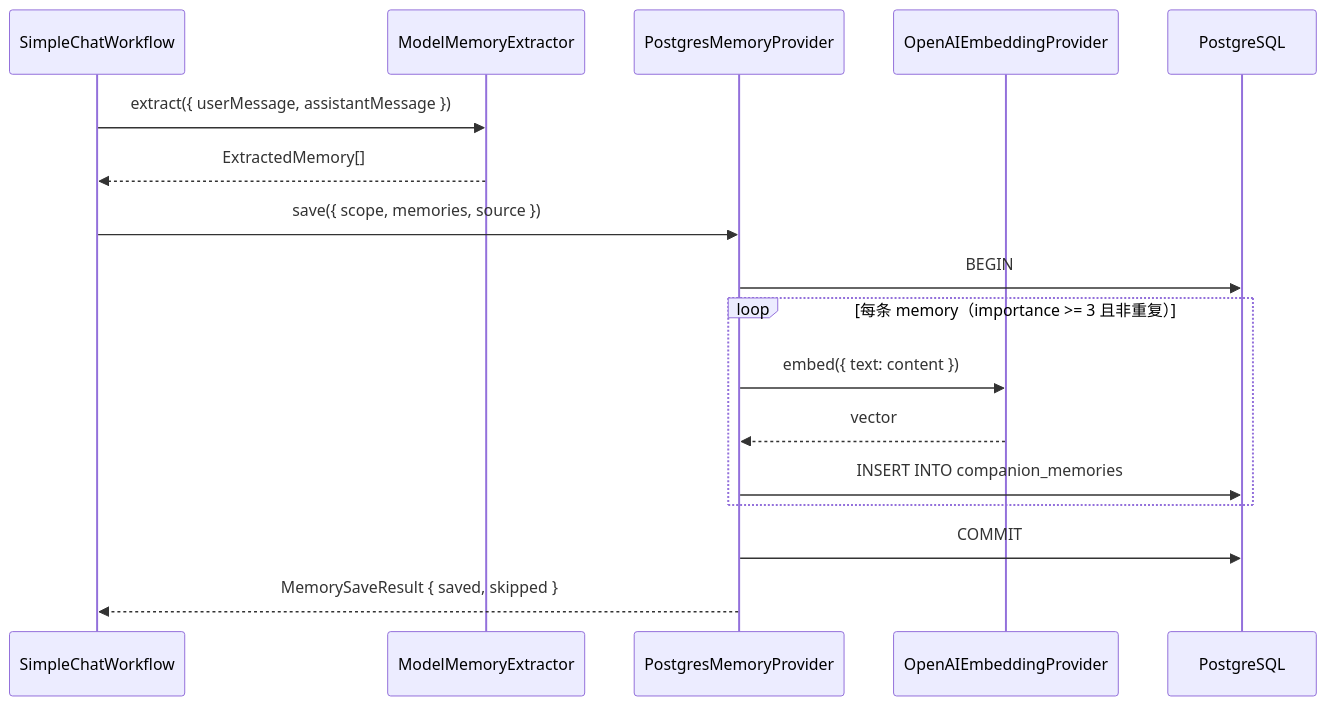
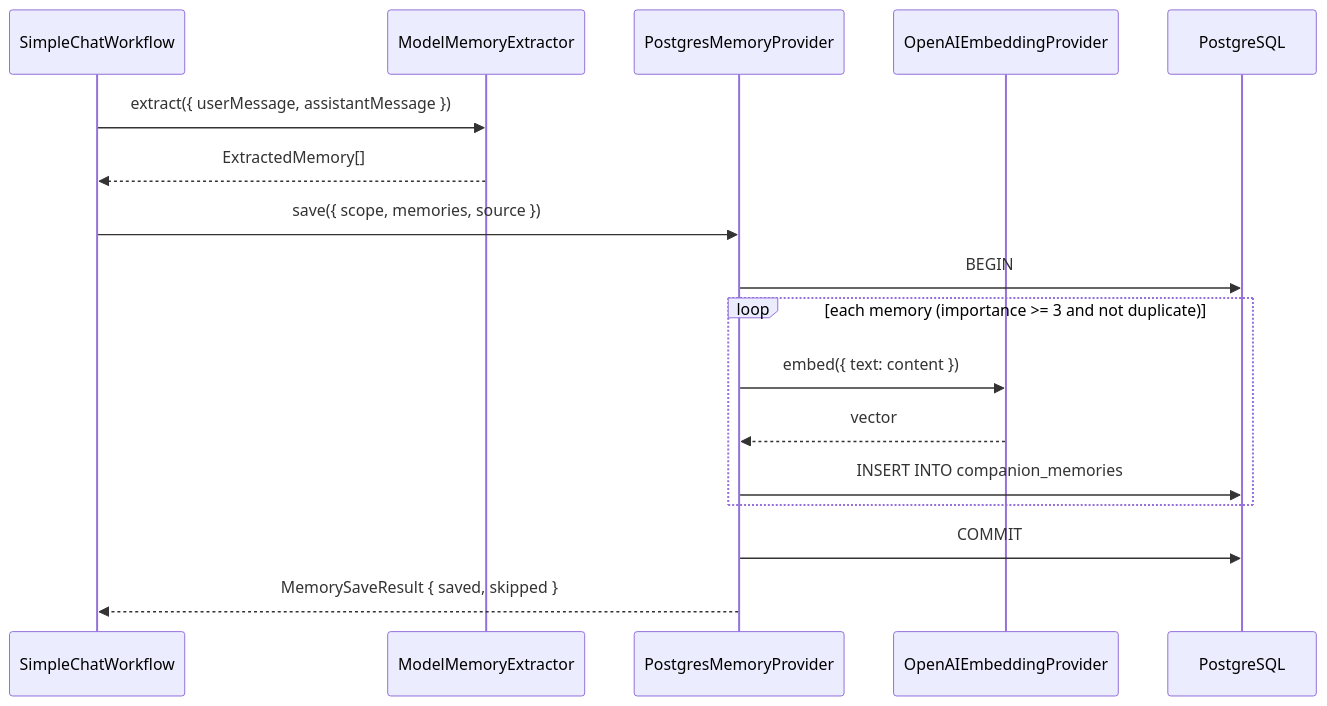
Before and after one commit to KRISACHAN/ying-ai: the third of 4 diagrams in packages/memory-postgres/README.md, drawn with Mermaid. The commit also changed other lines of this file and 205 other files, not shown here.

````diff
--- a/packages/memory-postgres/README.md
+++ b/packages/memory-postgres/README.md
@@ -138,20 +140,20 @@
 ```mermaid
 sequenceDiagram
   participant WF as SimpleChatWorkflow
   participant MEX as ModelMemoryExtractor
   participant PMP as PostgresMemoryProvider
   participant OEP as OpenAIEmbeddingProvider
   participant DB as PostgreSQL
 
   WF->>MEX: extract({ userMessage, assistantMessage })
   MEX-->>WF: ExtractedMemory[]
   WF->>PMP: save({ scope, memories, source })
   PMP->>DB: BEGIN
-  loop 每条 memory（importance >= 3 且非重复）
+  loop each memory (importance >= 3 and not duplicate)
     PMP->>OEP: embed({ text: content })
     OEP-->>PMP: vector
     PMP->>DB: INSERT INTO companion_memories
   end
   PMP->>DB: COMMIT
   PMP-->>WF: MemorySaveResult { saved, skipped }
 ```
````
